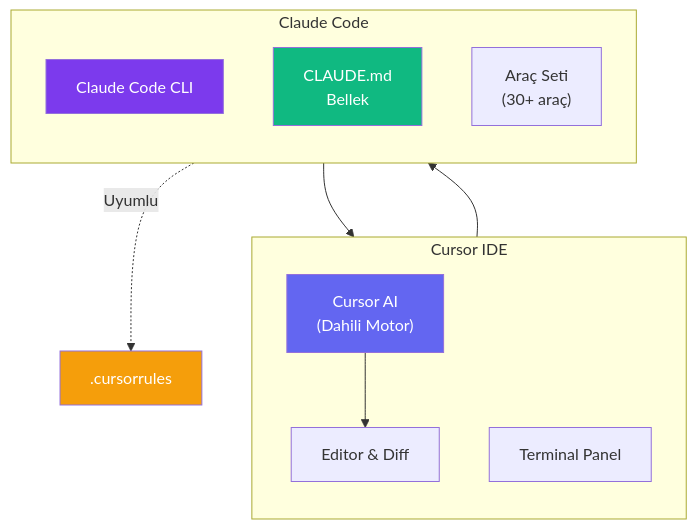
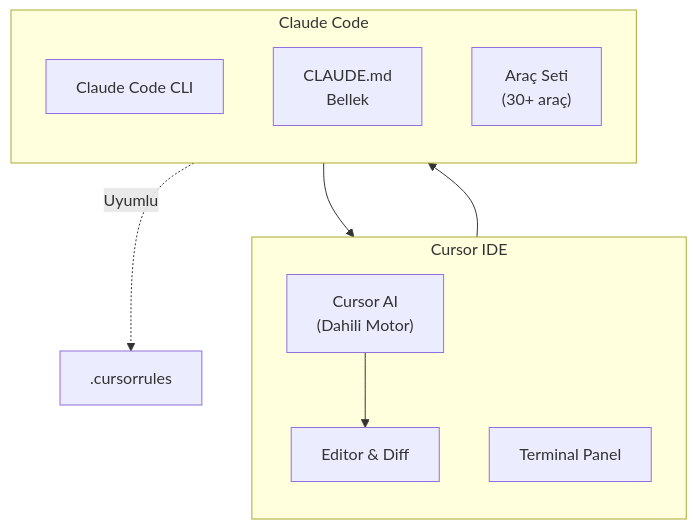
One commit to IzzetYasinAtes/ClaudeCodeHandbook changed the first of 4 diagrams in 15-entegrasyonlar/03-cursor-ide-kullanimi.md. Above: the diagram before and after it, drawn with Mermaid. The commit also changed other lines of this file and 97 other files, not shown here.

Commit message:
Remove all custom Mermaid style/fill colors from 98 markdown files for consistent dark theme rendering

````diff
--- a/15-entegrasyonlar/03-cursor-ide-kullanimi.md
+++ b/15-entegrasyonlar/03-cursor-ide-kullanimi.md
@@ -19,26 +19,22 @@
 ```mermaid
 flowchart TB
     subgraph cursor ["Cursor IDE"]
         direction TB
         CA["Cursor AI<br/>(Dahili Motor)"]
         CT["Terminal Panel"]
         CE["Editor & Diff"]
     end
 
     subgraph claude ["Claude Code"]
         direction TB
         CC["Claude Code CLI"]
         CM["CLAUDE.md<br/>Bellek"]
         CT2["Araç Seti<br/>(30+ araç)"]
     end
 
     CT --> CC
     CC --> CE
     CA --> CE
     CM -.->|"Uyumlu"| CR[".cursorrules"]
 
-    style CA fill:#6366F1,color:#fff
-    style CC fill:#7C3AED,color:#fff
-    style CR fill:#F59E0B,color:#fff
-    style CM fill:#10B981,color:#fff
 ```
````
